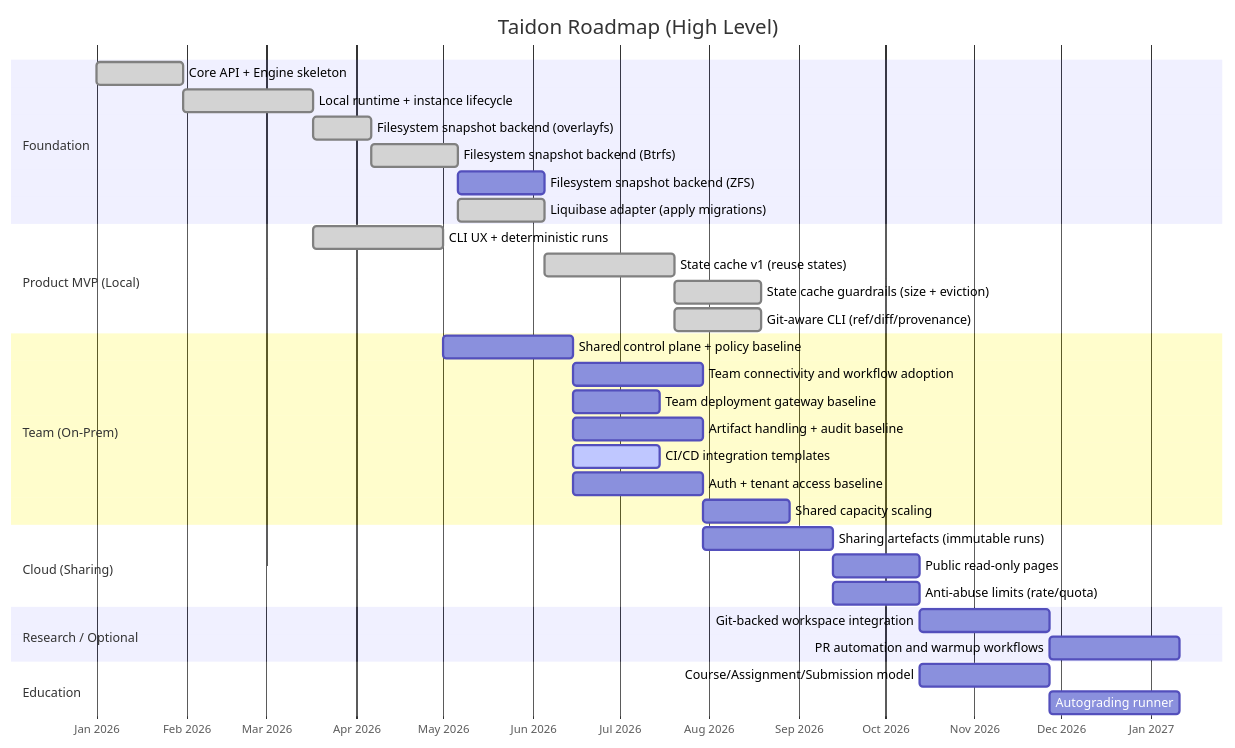
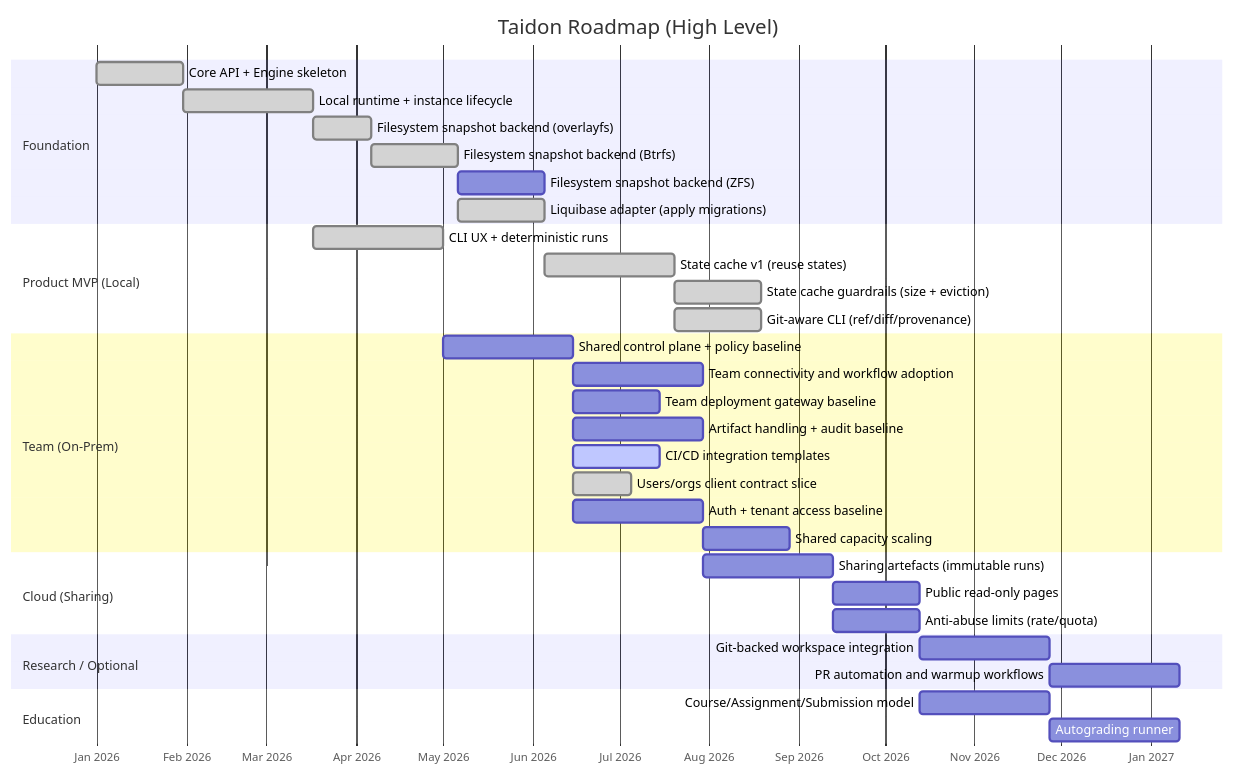
Before and after one commit to kimak-irmagi/taidon: the diagram in docs/roadmap.md, drawn with Mermaid. The commit also changed other lines of this file and 39 other files, not shown here.

````diff
--- a/docs/roadmap.md
+++ b/docs/roadmap.md
@@ -27,42 +27,43 @@
 ```mermaid
 gantt
     title Taidon Roadmap (High Level)
     dateFormat  YYYY-MM-DD
     axisFormat  %b %Y
 
     section Foundation
     Core API + Engine skeleton                 :done, a1, 2026-01-01, 30d
     Local runtime + instance lifecycle         :done, a2, after a1, 45d
     Filesystem snapshot backend (overlayfs)    :done, a2fs, after a2, 20d
     Filesystem snapshot backend (Btrfs)        :done, a2b, after a2fs, 30d
     Filesystem snapshot backend (ZFS)          :a2z, after a2b, 30d
     Liquibase adapter (apply migrations)       :done, a3, after a2b, 30d
 
     section Product MVP (Local)
     CLI UX + deterministic runs                :done, b2, after a2, 45d
     State cache v1 (reuse states)              :done, b3, after a3, 45d
     State cache guardrails (size + eviction)   :done, b3g, after b3, 30d
     Git-aware CLI (ref/diff/provenance)        :done, b4, after b3, 30d
 
     section Team (On-Prem)
     Shared control plane + policy baseline     :c1, after b2, 45d
     Team connectivity and workflow adoption    :c0, after c1, 45d
     Team deployment gateway baseline           :c6, after c1, 30d
     Artifact handling + audit baseline         :c2, after c1, 45d
     CI/CD integration templates                :active, c3, after c1, 30d
+    Users/orgs client contract slice           :done, c4a, after c1, 20d
     Auth + tenant access baseline              :c4, after c1, 45d
     Shared capacity scaling                    :c5, after c2, 30d
 
     section Cloud (Sharing)
     Sharing artefacts (immutable runs)         :d1, after c2, 45d
     Public read-only pages                     :d2, after d1, 30d
     Anti-abuse limits (rate/quota)             :d3, after d1, 30d
 
     section Research / Optional
     Git-backed workspace integration           :o1, after d2, 45d
     PR automation and warmup workflows         :o2, after o1, 45d
 
     section Education
     Course/Assignment/Submission model         :e1, after d2, 45d
     Autograding runner                         :e2, after e1, 45d
 ```
````
